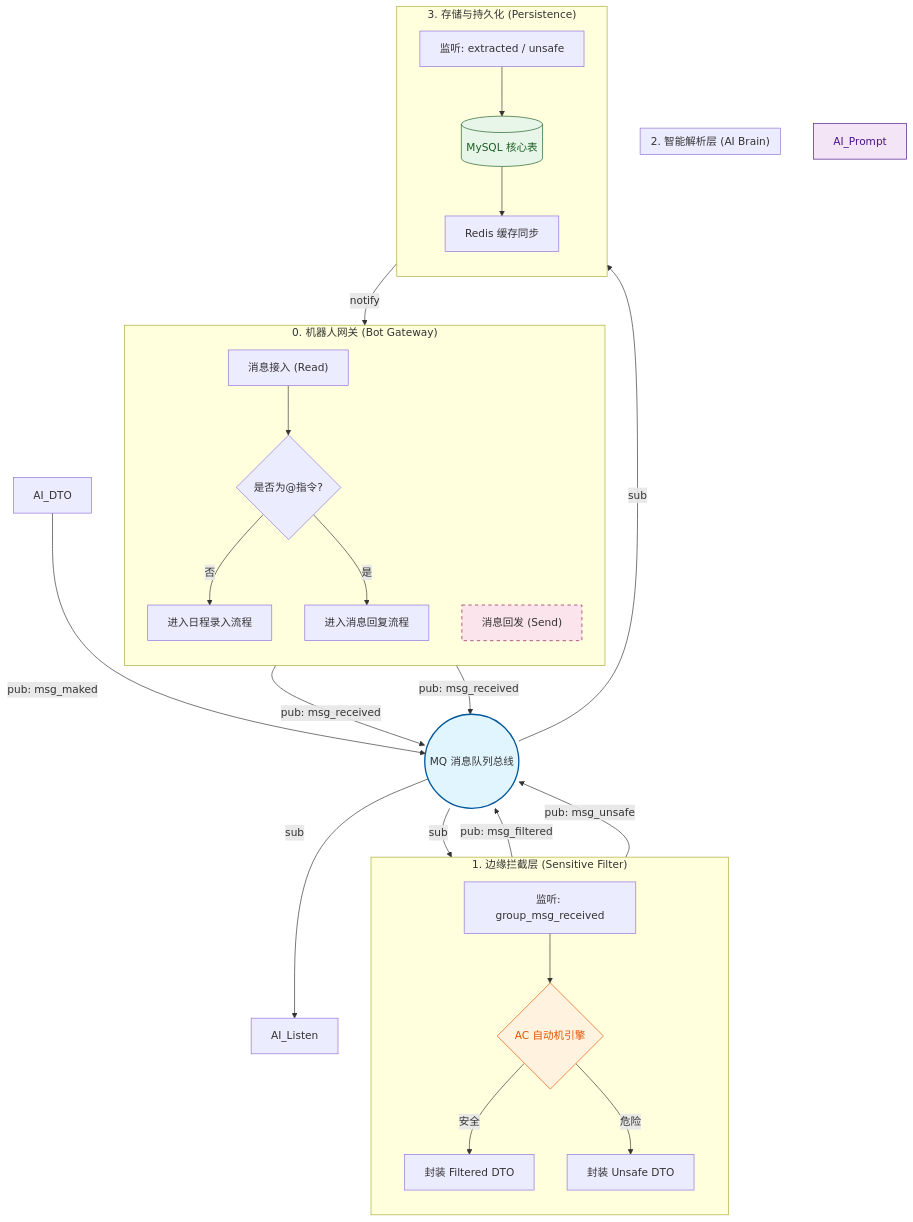
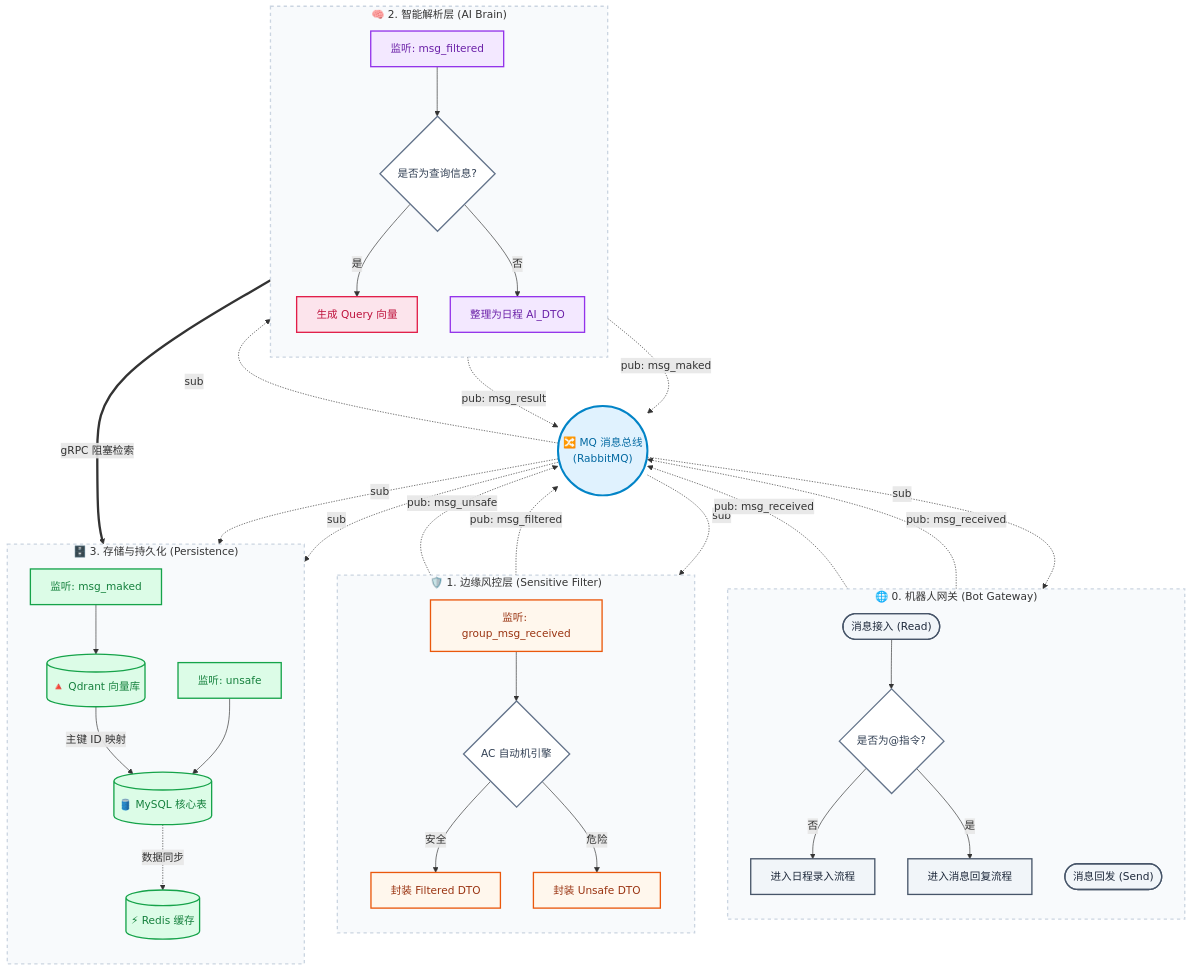
Before and after one commit to Sisfuzues/Memo_Echo: the diagram in readme.md, drawn with Mermaid. The commit also changed 1 other file, not shown here.

Commit message:
[feat] 增加流程图

````diff
--- a/readme.md
+++ b/readme.md
@@ -37,60 +37,94 @@
 ```mermaid
 flowchart TD
-    %% 全局方向：从上到下，但在子图内可以微调
+    %% ==========================================
+    %% 1. 全局样式定义 (基于 Tailwind 柔和色系)
+    %% ==========================================
+    classDef mq_bus fill:#e0f2fe,stroke:#0284c7,stroke-width:3px,color:#0369a1
+    classDef endpoint fill:#f1f5f9,stroke:#475569,stroke-width:2px,color:#1e293b
+    classDef filter_node fill:#fff7ed,stroke:#ea580c,stroke-width:2px,color:#9a3412
+    classDef ai_node fill:#f3e8ff,stroke:#9333ea,stroke-width:2px,color:#6b21a8
+    classDef sync_node fill:#fce4ec,stroke:#e11d48,stroke-width:2px,color:#be123c
+    classDef db_node fill:#dcfce7,stroke:#16a34a,stroke-width:2px,color:#15803d
+    classDef condition fill:#ffffff,stroke:#64748b,stroke-width:2px,color:#334155
+
     direction TD
 
-    %% 阶段零:前端协议层
-    subgraph BG ["0. 机器人网关 (Bot Gateway)"]
+    %% ==========================================
+    %% 2. 模块拓扑图
+    %% ==========================================
+    
+    subgraph BG ["🌐 0. 机器人网关 (Bot Gateway)"]
         direction TB
-        BG_Read["消息接入 (Read)"] --> BG_At{"是否为@指令?"}
+        BG_Read(["消息接入 (Read)"]) --> BG_At{"是否为@指令?"}
         BG_At -- "否" --> BG_Rec["进入日程录入流程"]
         BG_At -- "是" --> BG_Ign["进入消息回复流程"]
-        BG_Resp["消息回发 (Send)"]
+        BG_Resp(["消息回发 (Send)"])
     end
 
-    %% 阶段二：消息总线（作为逻辑中心）
-    MQ_Hub(("MQ 消息队列总线"))
+    MQ_Hub(("🔀 MQ 消息总线<br/>(RabbitMQ)"))
 
-    %% 阶段一：风控过滤层
-    subgraph SF ["1. 边缘拦截层 (Sensitive Filter)"]
+    subgraph SF ["🛡️ 1. 边缘风控层 (Sensitive Filter)"]
         direction TB
         SF_Proc["监听: group_msg_received"] --> SF_AC{"AC 自动机引擎"}
         SF_AC -- "安全" --> SF_OK["封装 Filtered DTO"]
         SF_AC -- "危险" --> SF_Err["封装 Unsafe DTO"]
     end
 
-    %% 阶段三：核心解析层
-    subgraph AI ["2. 智能解析层 (AI Brain)"]
+    subgraph AI ["🧠 2. 智能解析层 (AI Brain)"]
         direction TB
-       
+        AI_Listen["监听: msg_filtered"] --> Is_at{"是否为查询信息?"}
+        Is_at -- "是" --> Find["生成 Query 向量"]
+        Is_at -- "否" --> Keep["整理为日程 AI_DTO"]
     end
 
-    %% 阶段四：数据存储层
-    subgraph DB ["3. 存储与持久化 (Persistence)"]
+    subgraph DB ["🗄️ 3. 存储与持久化 (Persistence)"]
         direction TB
-        DB_Save["监听: extracted / unsafe"] --> DB_MySQL[("MySQL 核心表")]
-        DB_MySQL --> DB_Redis["Redis 缓存同步"]
+        DB_Qdrant[("🔺 Qdrant 向量库")]
+        DB_MySQL[("🛢️ MySQL 核心表")]
+
+        DB_Listen["监听: msg_maked"] --> DB_Qdrant
+        DB_Qdrant -- "主键 ID 映射" --> DB_MySQL
+        DB_Save["监听: unsafe"] --> DB_MySQL
+        DB_MySQL -. "数据同步" .-> DB_Redis[("⚡ Redis 缓存")]
     end
 
-    %% === 全局数据流转链路 ===
-    BG_Rec -->|pub: msg_received| MQ_Hub
-    MQ_Hub -->|sub| SF_Proc
+    %% ==========================================
+    %% 3. 全局链路连线 (协议语义化)
+    %% ==========================================
     
-    SF_OK  -->|pub: msg_filtered| MQ_Hub
-    SF_Err -->|pub: msg_unsafe| MQ_Hub
+    %% [异步 MQ 链路] - 使用蓝色虚线
+    BG_Rec -. "pub: msg_received" .-> MQ_Hub
+    BG_Ign -. "pub: msg_received" .-> MQ_Hub
     
-    MQ_Hub -->|sub| AI_Listen
-    AI_DTO -->|pub: msg_maked| MQ_Hub
+    MQ_Hub -. "sub" .-> SF_Proc
+    SF_OK  -. "pub: msg_filtered" .-> MQ_Hub
+    SF_Err -. "pub: msg_unsafe" .-> MQ_Hub
     
-    MQ_Hub -->|sub| DB_Save
-    DB_Redis -->|notify| BG_Resp
+    MQ_Hub -. "sub" .-> AI_Listen
+    MQ_Hub -. "sub" .-> DB_Save
+    Keep   -. "pub: msg_maked" .-> MQ_Hub
+    MQ_Hub -. "sub" .-> DB_Listen
+    
+    Find   -. "pub: msg_result" .-> MQ_Hub
+    MQ_Hub -. "sub" .-> BG_Resp
 
-    BG_Ign -->|pub: msg_received| MQ_Hub
+    %% [同步 gRPC 链路] - 使用红色加粗实线
+    Find == "gRPC 阻塞检索" ==> DB_Qdrant
 
-    %% 样式美化：采用冷峻且专业的色调
-    style MQ_Hub fill:#e1f5fe,stroke:#01579b,stroke-width:2px
-    style SF_AC fill:#fff3e0,stroke:#e65100,color:#e65100
-    style AI_Prompt fill:#f3e5f5,stroke:#4a148c,color:#4a148c
-    style DB_MySQL fill:#e8f5e9,stroke:#1b5e20,color:#1b5e20
-    style BG_Resp fill:#fce4ec,stroke:#880e4f,stroke-dasharray: 5 5
+    %% ==========================================
+    %% 4. 样式应用
+    %% ==========================================
+    class MQ_Hub mq_bus;
+    class BG_Read,BG_Rec,BG_Ign,BG_Resp endpoint;
+    class SF_Proc,SF_OK,SF_Err filter_node;
+    class AI_Listen,Keep ai_node;
+    class Find sync_node;
+    class DB_Listen,DB_Save,DB_Qdrant,DB_MySQL,DB_Redis db_node;
+    class BG_At,SF_AC,Is_at condition;
+    
+    %% 给边框加上柔和的背景
+    style BG fill:#f8fafc,stroke:#cbd5e1,stroke-width:2px,stroke-dasharray: 5 5
+    style SF fill:#f8fafc,stroke:#cbd5e1,stroke-width:2px,stroke-dasharray: 5 5
+    style AI fill:#f8fafc,stroke:#cbd5e1,stroke-width:2px,stroke-dasharray: 5 5
+    style DB fill:#f8fafc,stroke:#cbd5e1,stroke-width:2px,stroke-dasharray: 5 5
 ```
````
